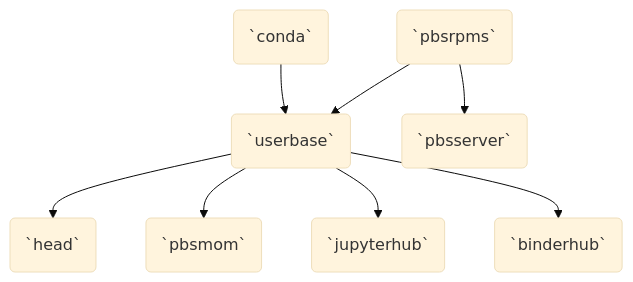
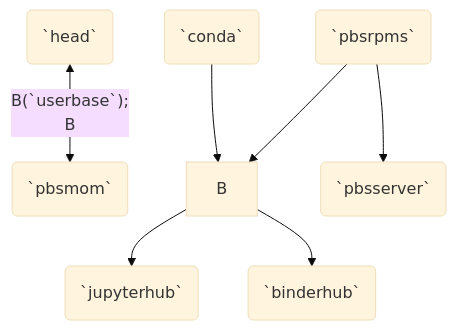
The diagram in images/README.md (ncar-xdev/hpcbinderhub), drawn with Mermaid (base theme) before and after one commit.

Commit message:
Try reordering

````diff
--- a/images/README.md
+++ b/images/README.md
@@ -10,10 +10,10 @@
 ```mermaid
 graph TD;
-    A(`conda`) --> B(`userbase`);
-    C(`pbsrpms`) --> B;
-    C --> D(`pbsserver`);
-    B --> E(`head`);
+    E(`head`) <-- B(`userbase`);
     B --> F(`pbsmom`);
     B --> G(`jupyterhub`);
     B --> H(`binderhub`);
+    A(`conda`) --> B;
+    C(`pbsrpms`) --> B;
+    C --> D(`pbsserver`);
 ```
````
